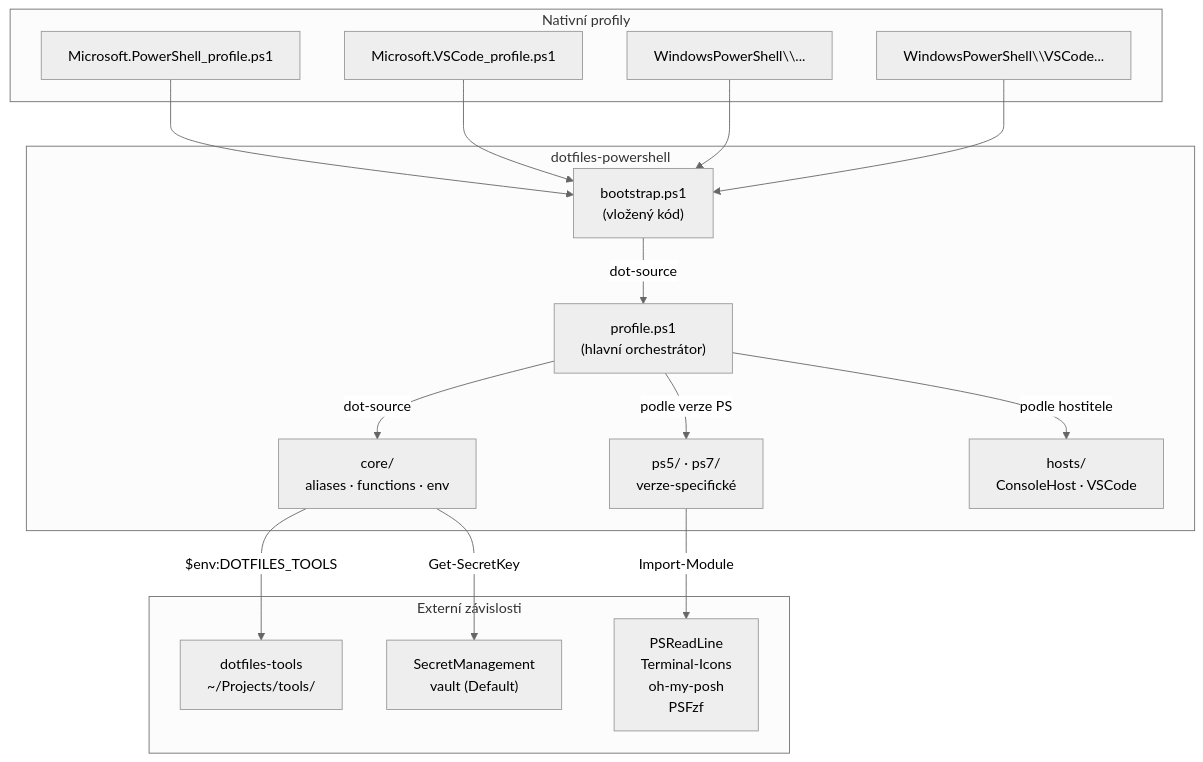
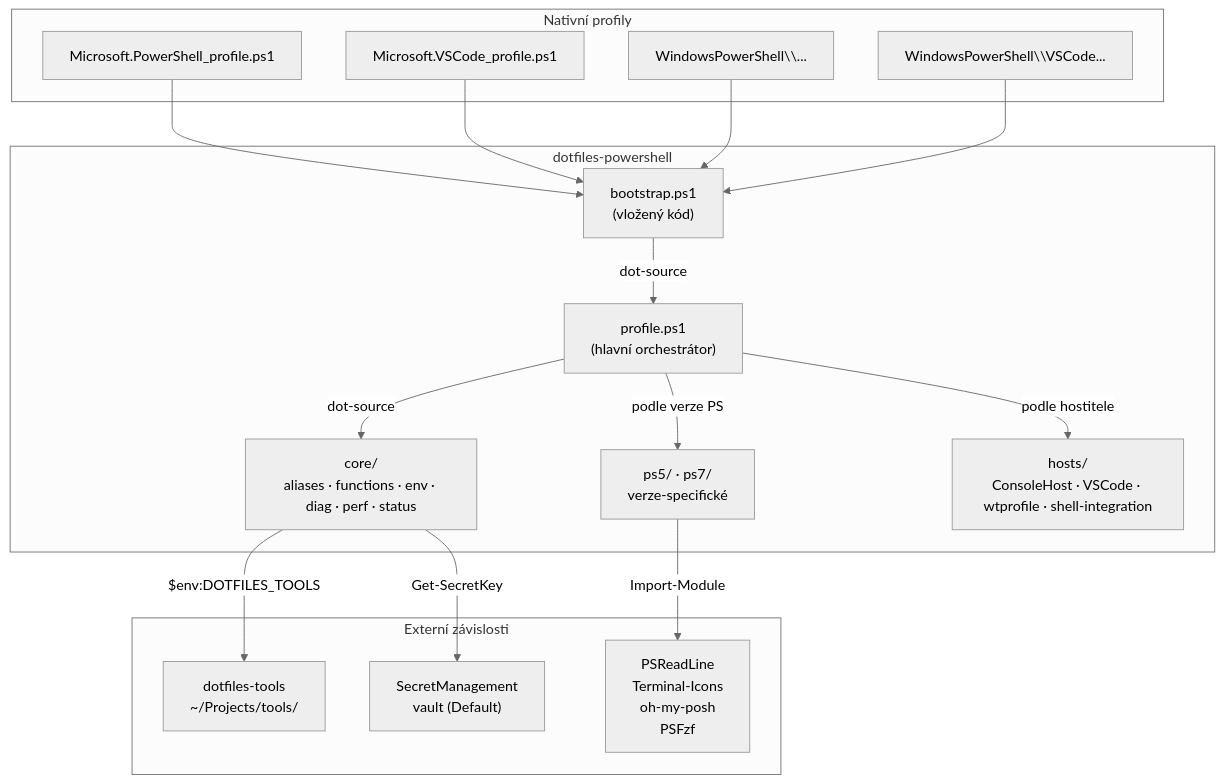
Before and after one commit to martinpaprcka77/dotfiles-powershell: the second of 3 diagrams in docs/ARCHITECTURE.md, drawn with Mermaid (neutral theme). The commit also changed 5 other files, not shown here.

````diff
--- a/docs/ARCHITECTURE.md
+++ b/docs/ARCHITECTURE.md
@@ -39,37 +39,37 @@
 ```mermaid
 graph TB
     subgraph "Nativní profily"
         PS_PROF["Microsoft.PowerShell_profile.ps1"]
         VS_PROF["Microsoft.VSCode_profile.ps1"]
         PS5_PROF["WindowsPowerShell\\..."]
         VS5_PROF["WindowsPowerShell\\VSCode..."]
     end
 
     subgraph "dotfiles-powershell"
         BOOTSTRAP["bootstrap.ps1<br/>(vložený kód)"]
         PROFILE["profile.ps1<br/>(hlavní orchestrátor)"]
-        CORE["core/<br/>aliases · functions · env"]
+        CORE["core/<br/>aliases · functions · env · diag · perf · status"]
         PS_VER["ps5/ · ps7/<br/>verze-specifické"]
-        HOSTS["hosts/<br/>ConsoleHost · VSCode"]
+        HOSTS["hosts/<br/>ConsoleHost · VSCode · wtprofile · shell-integration"]
     end
 
     subgraph "Externí závislosti"
         TOOLS["dotfiles-tools<br/>~/Projects/tools/"]
         MODULES["PSReadLine<br/>Terminal-Icons<br/>oh-my-posh<br/>PSFzf"]
         SECRETS["SecretManagement<br/>vault (Default)"]
     end
 
     PS_PROF --> BOOTSTRAP
     VS_PROF --> BOOTSTRAP
     PS5_PROF --> BOOTSTRAP
     VS5_PROF --> BOOTSTRAP
 
     BOOTSTRAP -->|"dot-source"| PROFILE
     PROFILE -->|"dot-source"| CORE
     PROFILE -->|"podle verze PS"| PS_VER
     PROFILE -->|"podle hostitele"| HOSTS
 
     CORE -->|"$env:DOTFILES_TOOLS"| TOOLS
     PS_VER -->|"Import-Module"| MODULES
     CORE -->|"Get-SecretKey"| SECRETS
 ```
````
